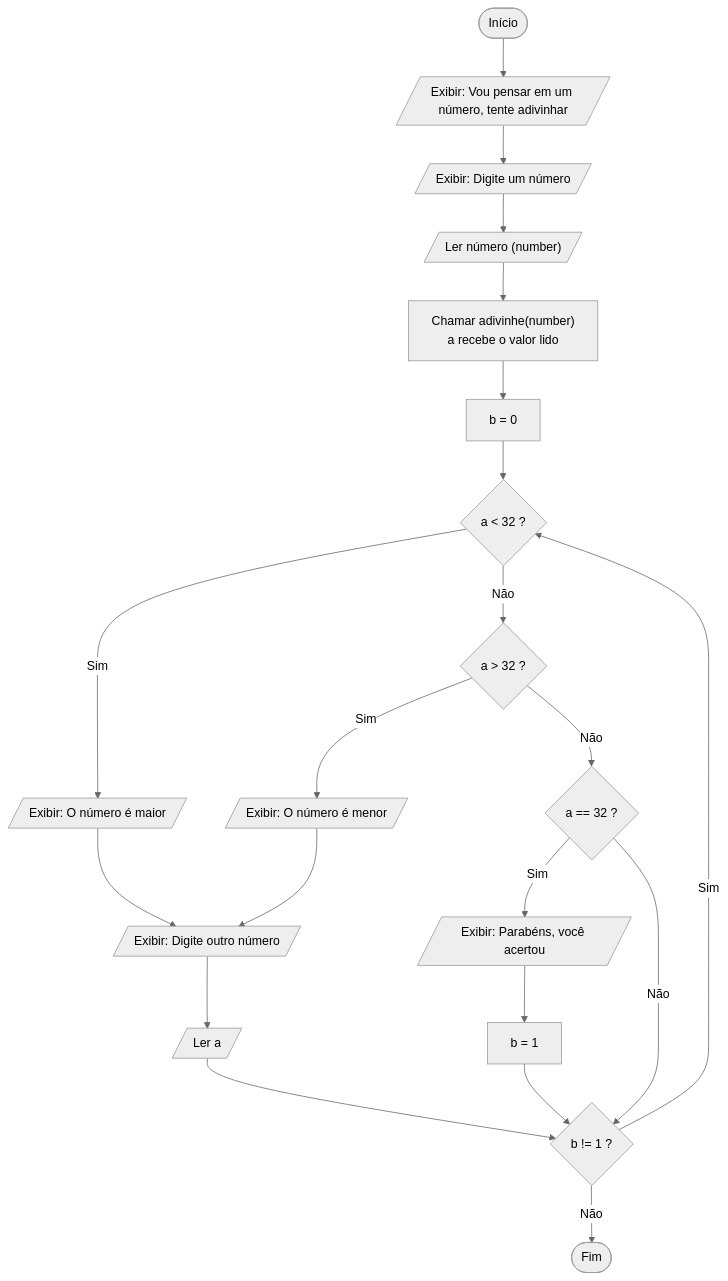
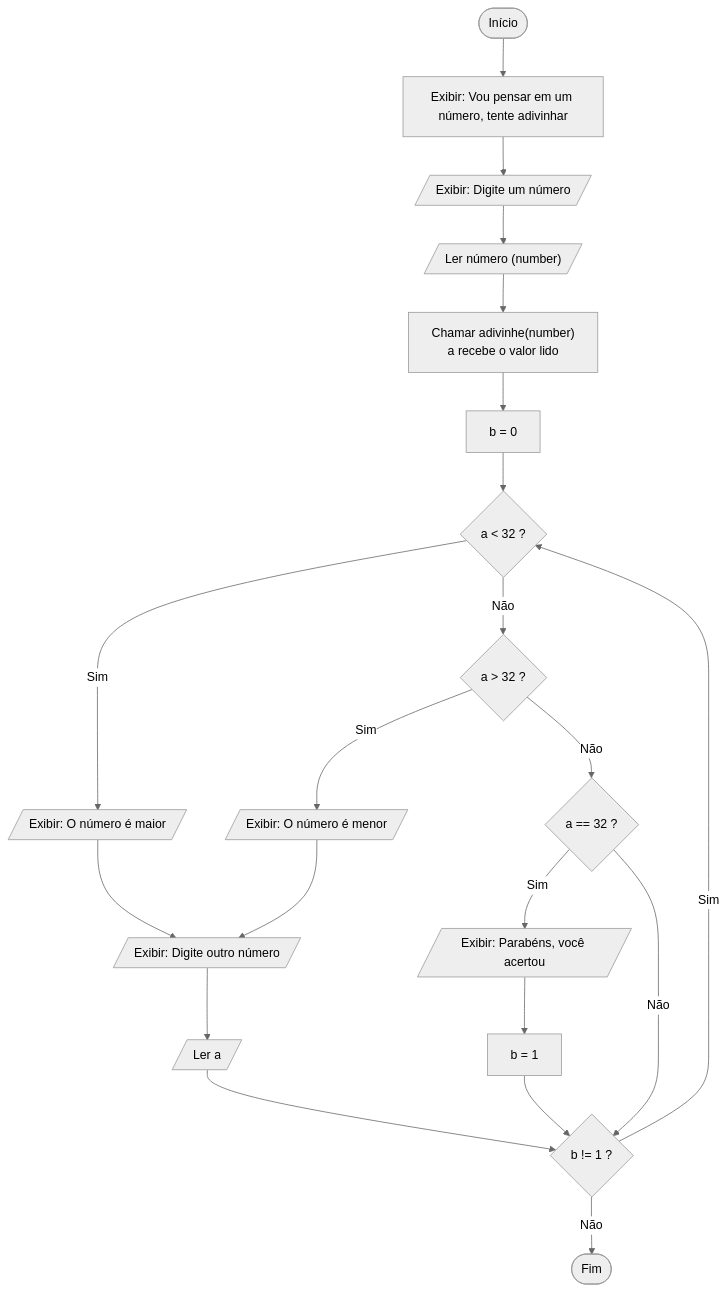
Before and after one commit to EmanuelDizeu/Algoritmo-e-L-gica-de-Programa-o: the diagram in Alg07/fluxograma2.md, drawn with Mermaid (neutral theme).

````diff
--- a/Alg07/fluxograma2.md
+++ b/Alg07/fluxograma2.md
@@ -5,29 +5,29 @@
 ```mermaid
 flowchart TD
-    A([Início]) --> B[/"Exibir: Vou pensar em um número, tente adivinhar"/]
+    A([Início]) --> B["Exibir: Vou pensar em um número, tente adivinhar"]
     B --> C[/"Exibir: Digite um número"/]
     C --> D[/"Ler número (number)"/]
     D --> E["Chamar adivinhe(number)<br/>a recebe o valor lido"]
     E --> F["b = 0"]
     F --> G{"a < 32 ?"}
 
     G -- Sim --> H[/"Exibir: O número é maior"/]
     H --> I[/"Exibir: Digite outro número"/]
     I --> J[/"Ler a"/]
     J --> N
 
     G -- Não --> K{"a > 32 ?"}
     K -- Sim --> L[/"Exibir: O número é menor"/]
     L --> I
 
     K -- Não --> M{"a == 32 ?"}
     M -- Sim --> O[/"Exibir: Parabéns, você acertou"/]
     O --> P["b = 1"]
     P --> N
     M -- Não --> N
 
     N{"b != 1 ?"} -- Sim --> G
     N -- Não --> Q([Fim])
 
     
 ```
````
